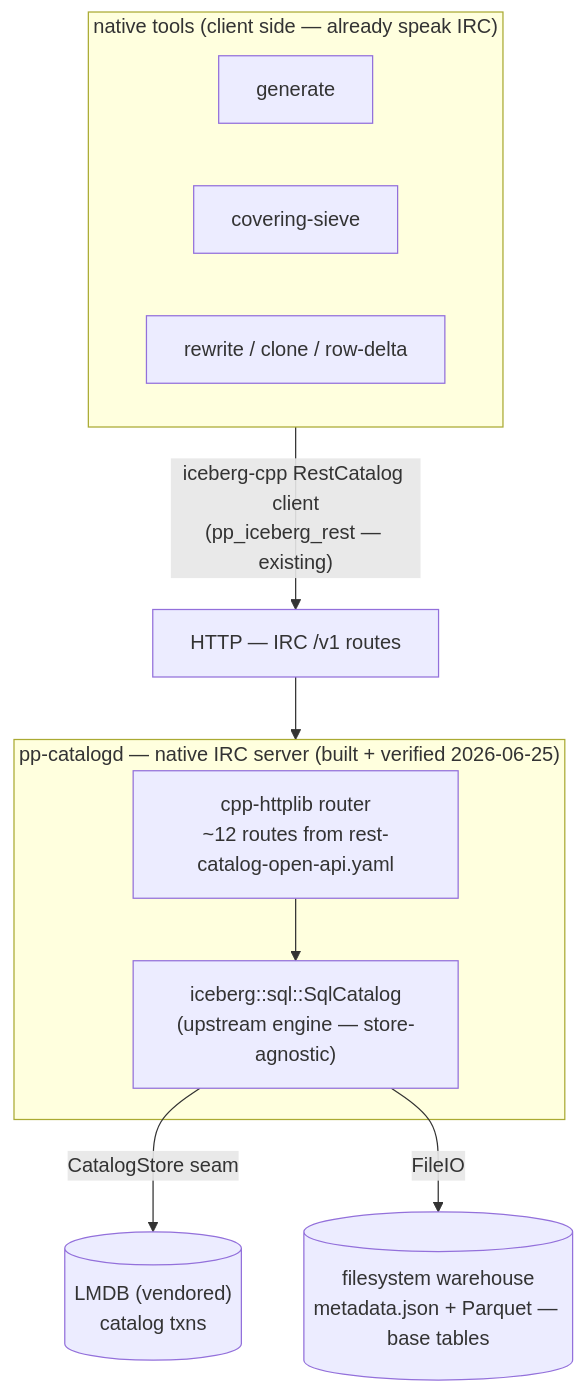
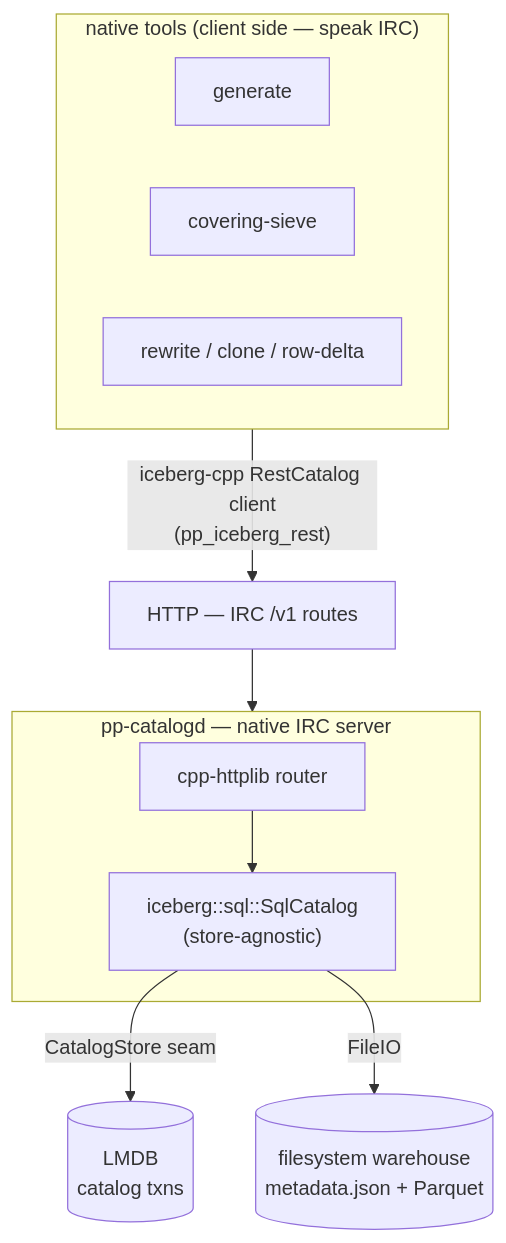
The diagram in markdown/data_eng/irc_catalog_design.md (genamethi/dioph.pp), drawn with Mermaid before and after one commit. The commit also changed other lines of this file and 3 other files, not shown here.

````diff
--- a/markdown/data_eng/irc_catalog_design.md
+++ b/markdown/data_eng/irc_catalog_design.md
@@ -38,17 +17,17 @@
 ```mermaid
 flowchart TD
-    subgraph tools["native tools (client side — already speak IRC)"]
+    subgraph tools["native tools (client side — speak IRC)"]
       gen[generate]
       sieve[covering-sieve]
       rew[rewrite / clone / row-delta]
     end
-    tools -->|"iceberg-cpp RestCatalog client<br/>(pp_iceberg_rest — existing)"| wire
+    tools -->|"iceberg-cpp RestCatalog client<br/>(pp_iceberg_rest)"| wire
     wire["HTTP — IRC /v1 routes"] --> server
-    subgraph server["pp-catalogd — native IRC server (built + verified 2026-06-25)"]
-      router["cpp-httplib router<br/>~12 routes from rest-catalog-open-api.yaml"]
-      engine["iceberg::sql::SqlCatalog<br/>(upstream engine — store-agnostic)"]
+    subgraph server["pp-catalogd — native IRC server"]
+      router["cpp-httplib router"]
+      engine["iceberg::sql::SqlCatalog<br/>(store-agnostic)"]
       router --> engine
     end
-    engine -->|"CatalogStore seam"| lmdb[("LMDB (vendored)<br/>catalog txns")]
-    engine -->|"FileIO"| fs[("filesystem warehouse<br/>metadata.json + Parquet — base tables")]
+    engine -->|"CatalogStore seam"| lmdb[("LMDB<br/>catalog txns")]
+    engine -->|"FileIO"| fs[("filesystem warehouse<br/>metadata.json + Parquet")]
 ```
````
